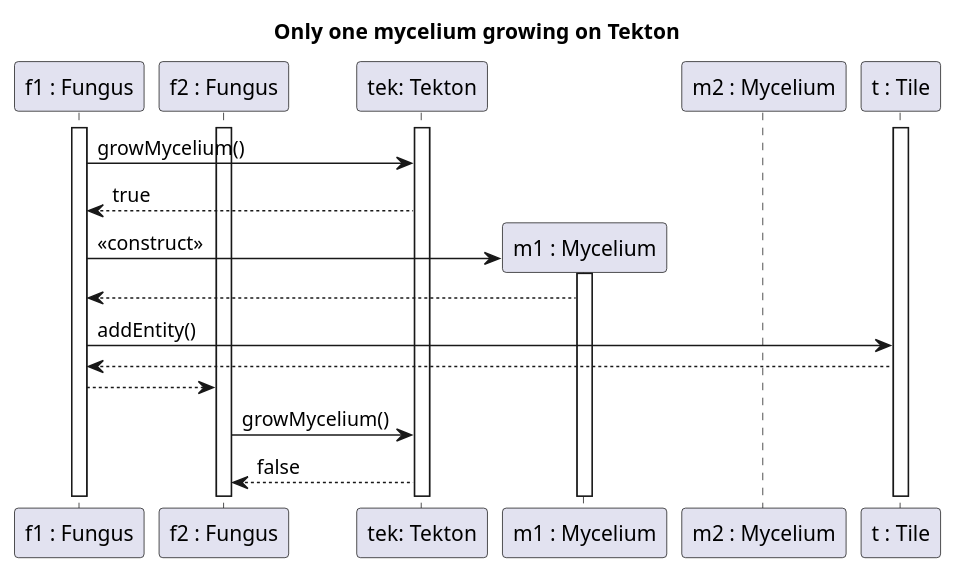
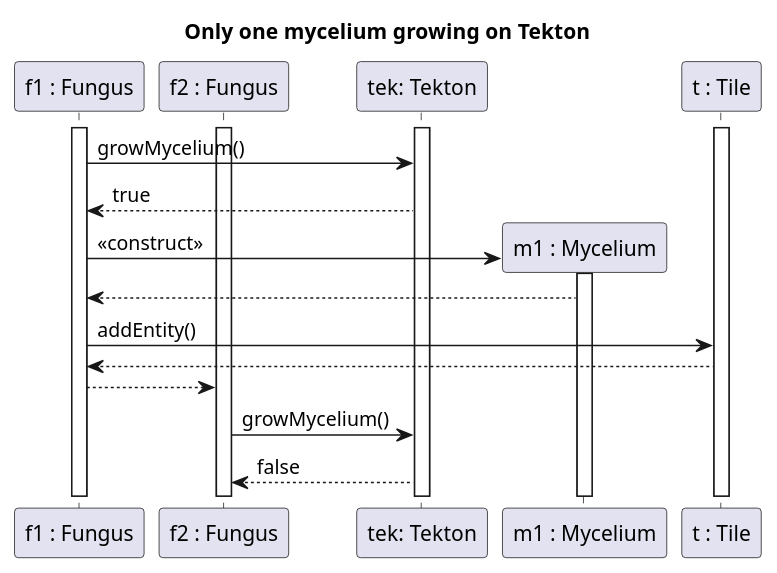
Before and after one commit to Klastiv/Projlab_nullpointerexception: the diagram in diagrams/diagramFiles/SQ_OnlyOneMyceeliumOnTekton.puml, drawn with PlantUML.

```diff
--- a/diagrams/diagramFiles/SQ_OnlyOneMyceeliumOnTekton.puml
+++ b/diagrams/diagramFiles/SQ_OnlyOneMyceeliumOnTekton.puml
@@ -1,32 +1,31 @@
 @startuml Mycelium growth
 
 title Only one mycelium growing on Tekton
 
 participant "f1 : Fungus" as F1
 participant "f2 : Fungus" as F2
 participant "tek: Tekton" as Tek
 participant "m1 : Mycelium" as M1
-participant "m2 : Mycelium" as M2
 participant "t : Tile" as T
 
 activate F1
 activate F2
 activate T
 activate Tek
 
 
 F1->Tek : growMycelium()
 Tek --> F1 : true
 F1 -> M1 ** : <<construct>>
 activate M1
 M1 --> F1
 F1 -> T : addEntity()
 T-->F1
 
 F1-->F2
 
 F2->Tek : growMycelium()
 Tek --> F2 : false
 
 
 @enduml
```
